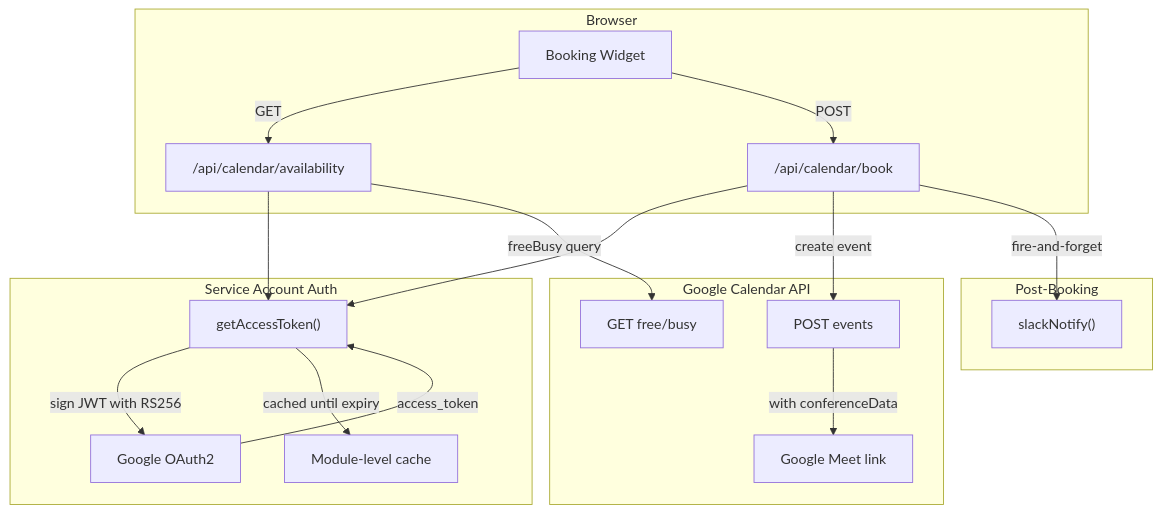
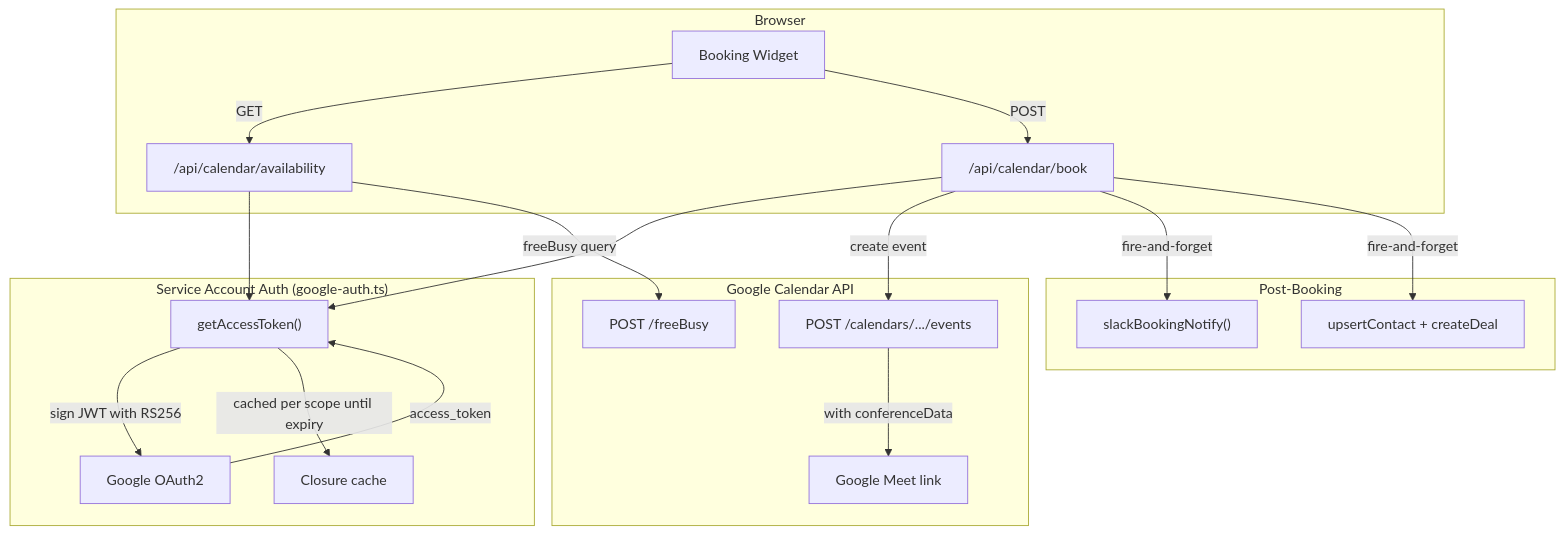
One commit to Themis128/cloudless.gr changed the first of 3 diagrams in docs/GOOGLE-CALENDAR.md. Above: the diagram before and after it, drawn with Mermaid. The commit also changed other lines of this file and 7 other files, not shown here.

First line of the commit message:
fix(calendar+gsc): slackBookingNotify Block Kit, days/weeks min clamp, updated docs

````diff
--- a/docs/GOOGLE-CALENDAR.md
+++ b/docs/GOOGLE-CALENDAR.md
@@ -11,24 +13,26 @@
 ```mermaid
 graph TB
     subgraph Client["Browser"]
         BookUI["Booking Widget"] -->|GET| AvailAPI["/api/calendar/availability"]
         BookUI -->|POST| BookAPI["/api/calendar/book"]
     end
 
-    subgraph Auth["Service Account Auth"]
+    subgraph Auth["Service Account Auth (google-auth.ts)"]
         AvailAPI --> GetToken["getAccessToken()"]
         BookAPI --> GetToken
         GetToken -->|sign JWT with RS256| TokenURL["Google OAuth2"]
         TokenURL -->|access_token| GetToken
-        GetToken -->|cached until expiry| Cache["Module-level cache"]
+        GetToken -->|cached per scope until expiry| Cache["Closure cache"]
     end
+
     subgraph GCalAPI["Google Calendar API"]
-        AvailAPI -->|freeBusy query| FreeBusy["GET free/busy"]
-        BookAPI -->|create event| CreateEvt["POST events"]
+        AvailAPI -->|freeBusy query| FreeBusy["POST /freeBusy"]
+        BookAPI -->|create event| CreateEvt["POST /calendars/.../events"]
         CreateEvt -->|with conferenceData| Meet["Google Meet link"]
     end
 
     subgraph Notify["Post-Booking"]
-        BookAPI -->|fire-and-forget| Slack["slackNotify()"]
+        BookAPI -->|fire-and-forget| Slack["slackBookingNotify()"]
+        BookAPI -->|fire-and-forget| HubSpot["upsertContact + createDeal"]
     end
 ```
````
